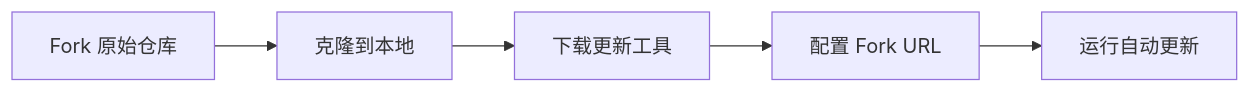
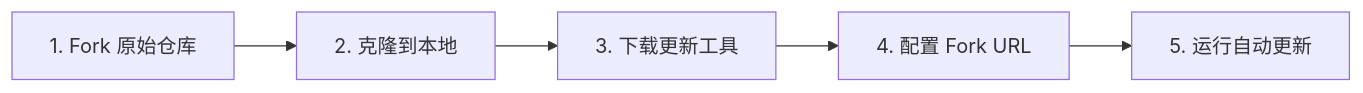
The first of 2 diagrams in README.md (Francia-CN/VCP-Auto-Update-Tool), drawn with Mermaid before and after one commit. The commit also changed other lines of this file, not shown here.

````diff
--- a/README.md
+++ b/README.md
@@ -183,7 +168,7 @@
 ```mermaid
 graph LR
-    A[Fork 原始仓库] --> B[克隆到本地]
-    B --> C[下载更新工具]
-    C --> D[配置 Fork URL]
-    D --> E[运行自动更新]
+    A[1. Fork 原始仓库] --> B[2. 克隆到本地]
+    B --> C[3. 下载更新工具]
+    C --> D[4. 配置 Fork URL]
+    D --> E[5. 运行自动更新]
 ```
````
